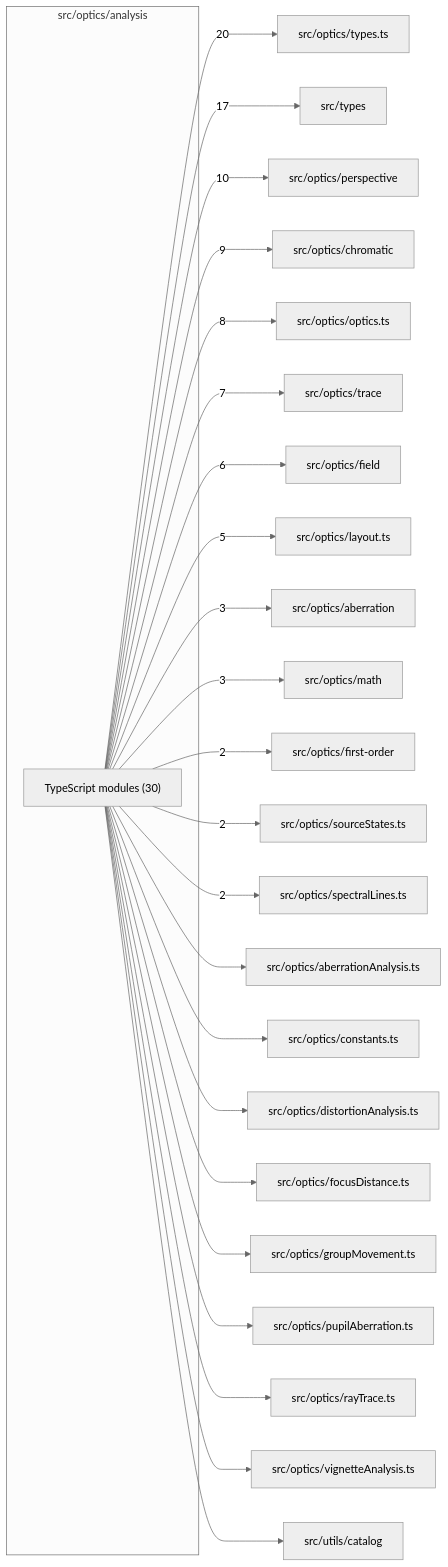
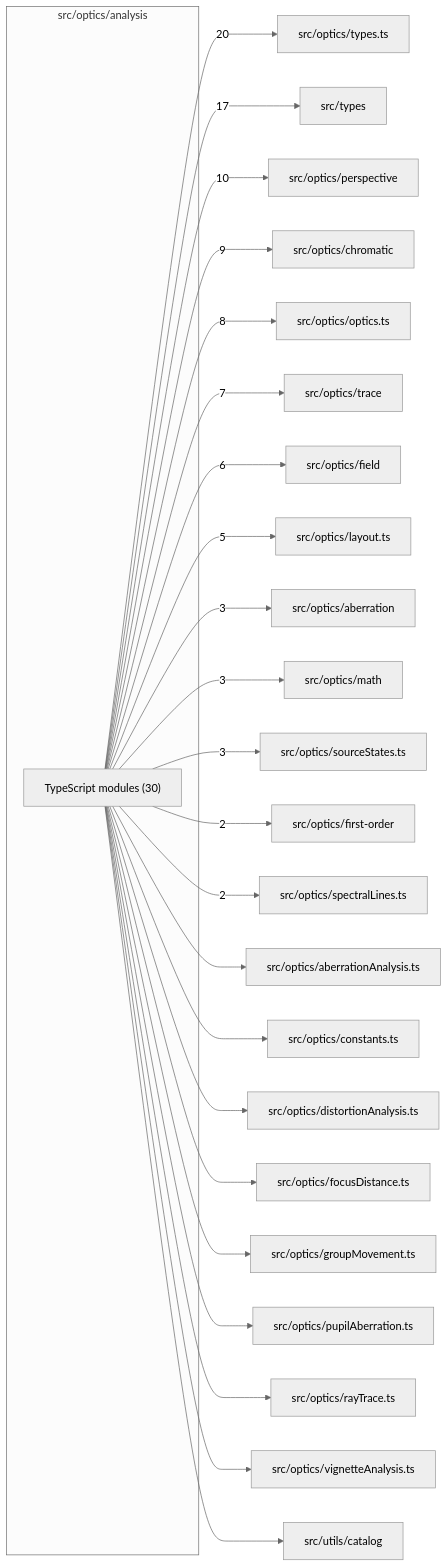
Before and after one commit to ronbuening/LensVisualizer: the diagram in src/optics/analysis/readme.md, drawn with Mermaid (neutral theme). The commit also changed other lines of this file and 6 other files, not shown here.

````diff
--- a/src/optics/analysis/readme.md
+++ b/src/optics/analysis/readme.md
@@ -9,50 +9,50 @@
 ```mermaid
 flowchart LR
   subgraph n_src_optics_analysis["src/optics/analysis"]
     n_src_optics_analysis_TypeScript_modules["TypeScript modules (30)"]
   end
   n_external_src_optics_types_ts["src/optics/types.ts"]
   n_external_src_types["src/types"]
   n_external_src_optics_perspective["src/optics/perspective"]
   n_external_src_optics_chromatic["src/optics/chromatic"]
   n_external_src_optics_optics_ts["src/optics/optics.ts"]
   n_external_src_optics_trace["src/optics/trace"]
   n_external_src_optics_field["src/optics/field"]
   n_external_src_optics_layout_ts["src/optics/layout.ts"]
   n_external_src_optics_aberration["src/optics/aberration"]
   n_external_src_optics_math["src/optics/math"]
+  n_external_src_optics_sourceStates_ts["src/optics/sourceStates.ts"]
   n_external_src_optics_first_order["src/optics/first-order"]
-  n_external_src_optics_sourceStates_ts["src/optics/sourceStates.ts"]
   n_external_src_optics_spectralLines_ts["src/optics/spectralLines.ts"]
   n_external_src_optics_aberrationAnalysis_ts["src/optics/aberrationAnalysis.ts"]
   n_external_src_optics_constants_ts["src/optics/constants.ts"]
   n_external_src_optics_distortionAnalysis_ts["src/optics/distortionAnalysis.ts"]
   n_external_src_optics_focusDistance_ts["src/optics/focusDistance.ts"]
   n_external_src_optics_groupMovement_ts["src/optics/groupMovement.ts"]
   n_external_src_optics_pupilAberration_ts["src/optics/pupilAberration.ts"]
   n_external_src_optics_rayTrace_ts["src/optics/rayTrace.ts"]
   n_external_src_optics_vignetteAnalysis_ts["src/optics/vignetteAnalysis.ts"]
   n_external_src_utils_catalog["src/utils/catalog"]
   n_src_optics_analysis_TypeScript_modules --> |20| n_external_src_optics_types_ts
   n_src_optics_analysis_TypeScript_modules --> |17| n_external_src_types
   n_src_optics_analysis_TypeScript_modules --> |10| n_external_src_optics_perspective
   n_src_optics_analysis_TypeScript_modules --> |9| n_external_src_optics_chromatic
   n_src_optics_analysis_TypeScript_modules --> |8| n_external_src_optics_optics_ts
   n_src_optics_analysis_TypeScript_modules --> |7| n_external_src_optics_trace
   n_src_optics_analysis_TypeScript_modules --> |6| n_external_src_optics_field
   n_src_optics_analysis_TypeScript_modules --> |5| n_external_src_optics_layout_ts
   n_src_optics_analysis_TypeScript_modules --> |3| n_external_src_optics_aberration
   n_src_optics_analysis_TypeScript_modules --> |3| n_external_src_optics_math
+  n_src_optics_analysis_TypeScript_modules --> |3| n_external_src_optics_sourceStates_ts
   n_src_optics_analysis_TypeScript_modules --> |2| n_external_src_optics_first_order
-  n_src_optics_analysis_TypeScript_modules --> |2| n_external_src_optics_sourceStates_ts
   n_src_optics_analysis_TypeScript_modules --> |2| n_external_src_optics_spectralLines_ts
   n_src_optics_analysis_TypeScript_modules --> n_external_src_optics_aberrationAnalysis_ts
   n_src_optics_analysis_TypeScript_modules --> n_external_src_optics_constants_ts
   n_src_optics_analysis_TypeScript_modules --> n_external_src_optics_distortionAnalysis_ts
   n_src_optics_analysis_TypeScript_modules --> n_external_src_optics_focusDistance_ts
   n_src_optics_analysis_TypeScript_modules --> n_external_src_optics_groupMovement_ts
   n_src_optics_analysis_TypeScript_modules --> n_external_src_optics_pupilAberration_ts
   n_src_optics_analysis_TypeScript_modules --> n_external_src_optics_rayTrace_ts
   n_src_optics_analysis_TypeScript_modules --> n_external_src_optics_vignetteAnalysis_ts
   n_src_optics_analysis_TypeScript_modules --> n_external_src_utils_catalog
 ```
````
